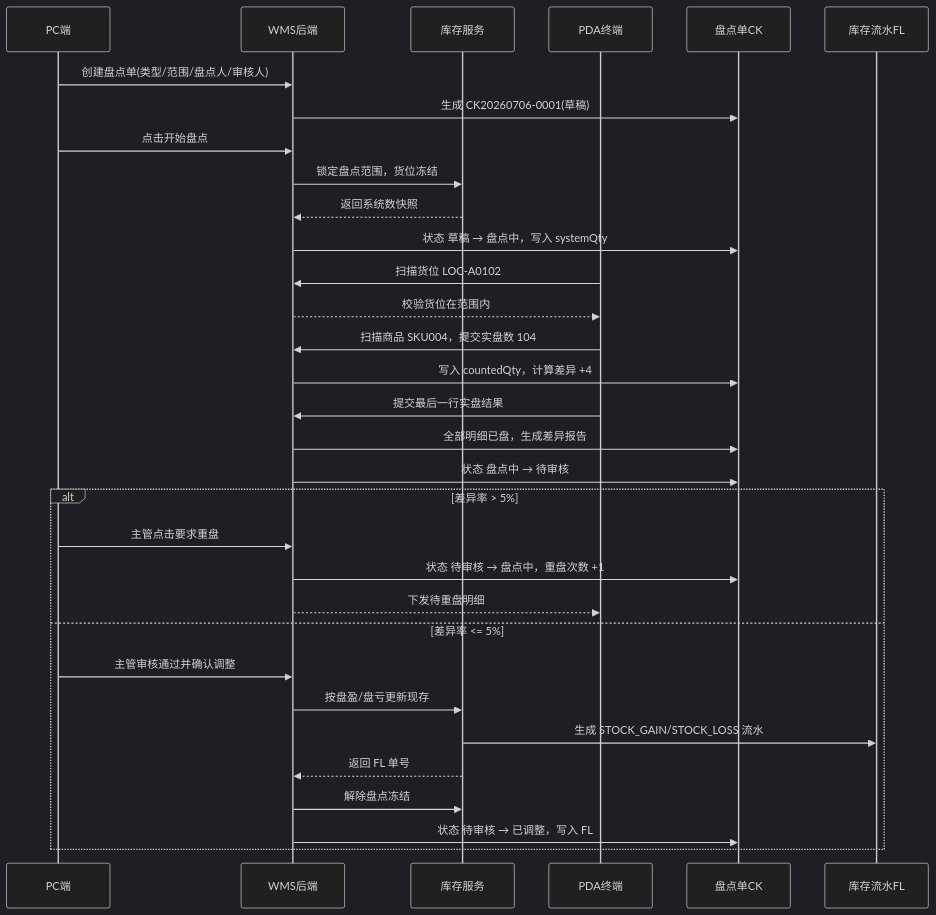
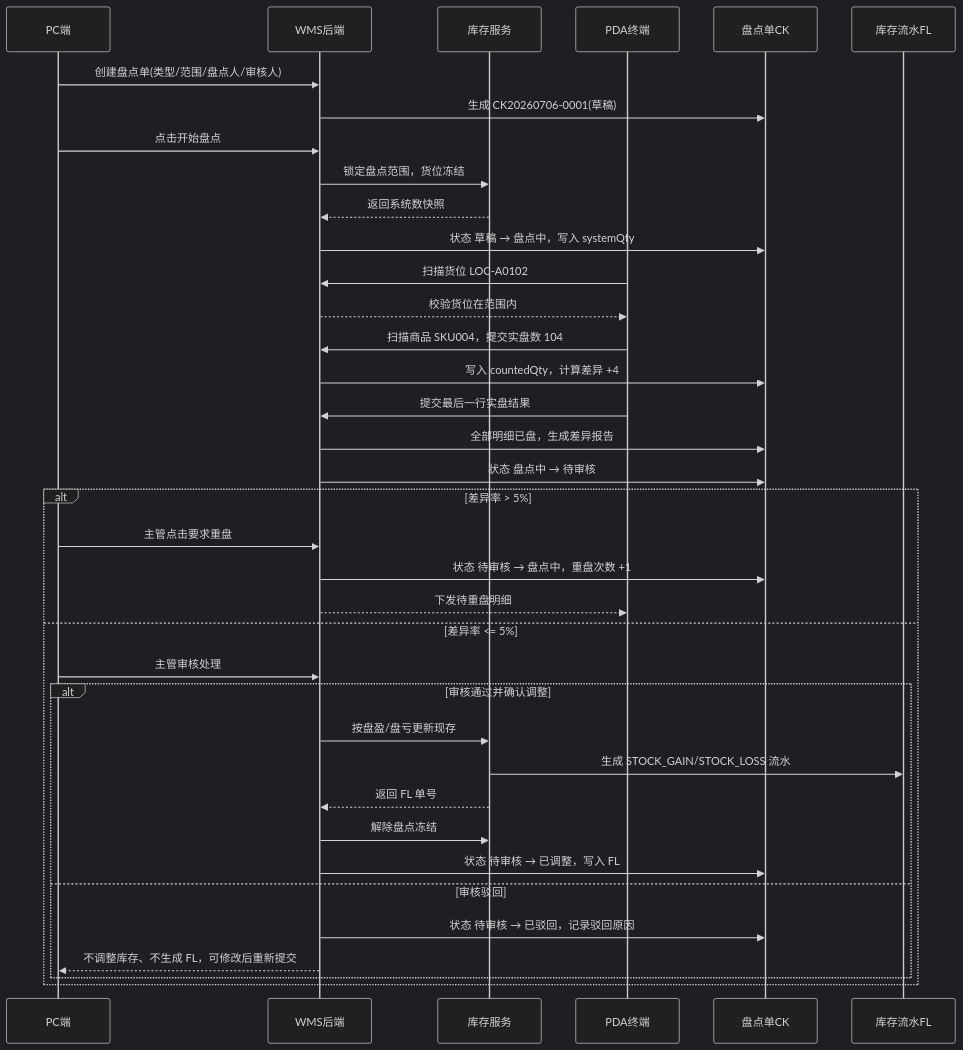
Before and after one commit to lophyJessica/forge-crm: the second of 2 diagrams in prd-docs/盘点管理/盘点单/盘点单_业务流程推演.md, drawn with Mermaid (dark theme). The commit also changed other lines of this file and 40 other files, not shown here.

````diff
--- a/prd-docs/盘点管理/盘点单/盘点单_业务流程推演.md
+++ b/prd-docs/盘点管理/盘点单/盘点单_业务流程推演.md
@@ -57,35 +60,40 @@
 ```mermaid
 sequenceDiagram
     participant PC as PC端
     participant WMS as WMS后端
     participant INV as 库存服务
     participant PDA as PDA终端
     participant CK as 盘点单CK
     participant FL as 库存流水FL
 
     PC->>WMS: 创建盘点单(类型/范围/盘点人/审核人)
     WMS->>CK: 生成 CK20260706-0001(草稿)
     PC->>WMS: 点击开始盘点
     WMS->>INV: 锁定盘点范围，货位冻结
     INV-->>WMS: 返回系统数快照
     WMS->>CK: 状态 草稿 → 盘点中，写入 systemQty
     PDA->>WMS: 扫描货位 LOC-A0102
     WMS-->>PDA: 校验货位在范围内
     PDA->>WMS: 扫描商品 SKU004，提交实盘数 104
     WMS->>CK: 写入 countedQty，计算差异 +4
     PDA->>WMS: 提交最后一行实盘结果
     WMS->>CK: 全部明细已盘，生成差异报告
     WMS->>CK: 状态 盘点中 → 待审核
     alt 差异率 > 5%
         PC->>WMS: 主管点击要求重盘
         WMS->>CK: 状态 待审核 → 盘点中，重盘次数 +1
         WMS-->>PDA: 下发待重盘明细
     else 差异率 <= 5%
-        PC->>WMS: 主管审核通过并确认调整
-        WMS->>INV: 按盘盈/盘亏更新现存
-        INV->>FL: 生成 STOCK_GAIN/STOCK_LOSS 流水
-        INV-->>WMS: 返回 FL 单号
-        WMS->>INV: 解除盘点冻结
-        WMS->>CK: 状态 待审核 → 已调整，写入 FL
+        PC->>WMS: 主管审核处理
+        alt 审核通过并确认调整
+            WMS->>INV: 按盘盈/盘亏更新现存
+            INV->>FL: 生成 STOCK_GAIN/STOCK_LOSS 流水
+            INV-->>WMS: 返回 FL 单号
+            WMS->>INV: 解除盘点冻结
+            WMS->>CK: 状态 待审核 → 已调整，写入 FL
+        else 审核驳回
+            WMS->>CK: 状态 待审核 → 已驳回，记录驳回原因
+            WMS-->>PC: 不调整库存、不生成 FL，可修改后重新提交
+        end
     end
 ```
````
